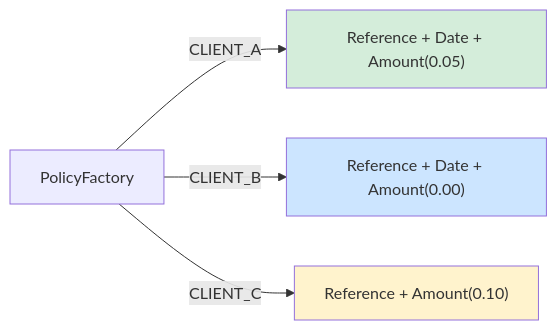
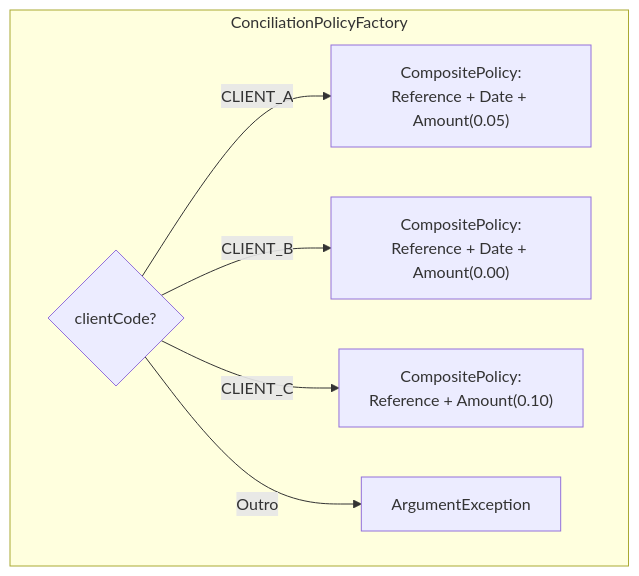
The fifth of 5 diagrams in docs/COMO-FUNCIONA-O-PROJETO.md (awernek/Conciliacao), drawn with Mermaid before and after one commit. The commit also changed other lines of this file and 22 other files, not shown here.

````diff
--- a/docs/COMO-FUNCIONA-O-PROJETO.md
+++ b/docs/COMO-FUNCIONA-O-PROJETO.md
@@ -349,12 +347,10 @@
 ```mermaid
-flowchart LR
-    F["PolicyFactory"]
-
-    F -->|CLIENT_A| A["Reference + Date + Amount(0.05)"]
-    F -->|CLIENT_B| B["Reference + Date + Amount(0.00)"]
-    F -->|CLIENT_C| CL["Reference + Amount(0.10)"]
-
-    style A fill:#d4edda
-    style B fill:#cce5ff
-    style CL fill:#fff3cd
+flowchart TD
+    subgraph "ConciliationPolicyFactory"
+        A{clientCode?}
+        A -->|CLIENT_A| B["CompositePolicy:<br/>Reference + Date + Amount(0.05)"]
+        A -->|CLIENT_B| C["CompositePolicy:<br/>Reference + Date + Amount(0.00)"]
+        A -->|CLIENT_C| D["CompositePolicy:<br/>Reference + Amount(0.10)"]
+        A -->|Outro| E[" ArgumentException"]
+    end
 ```
````
